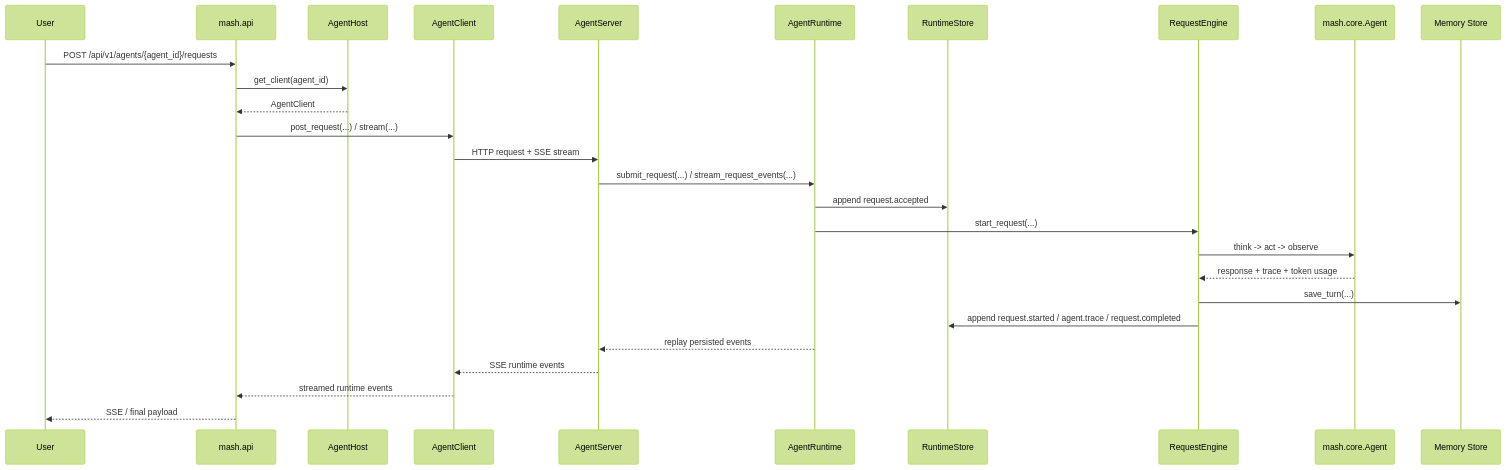
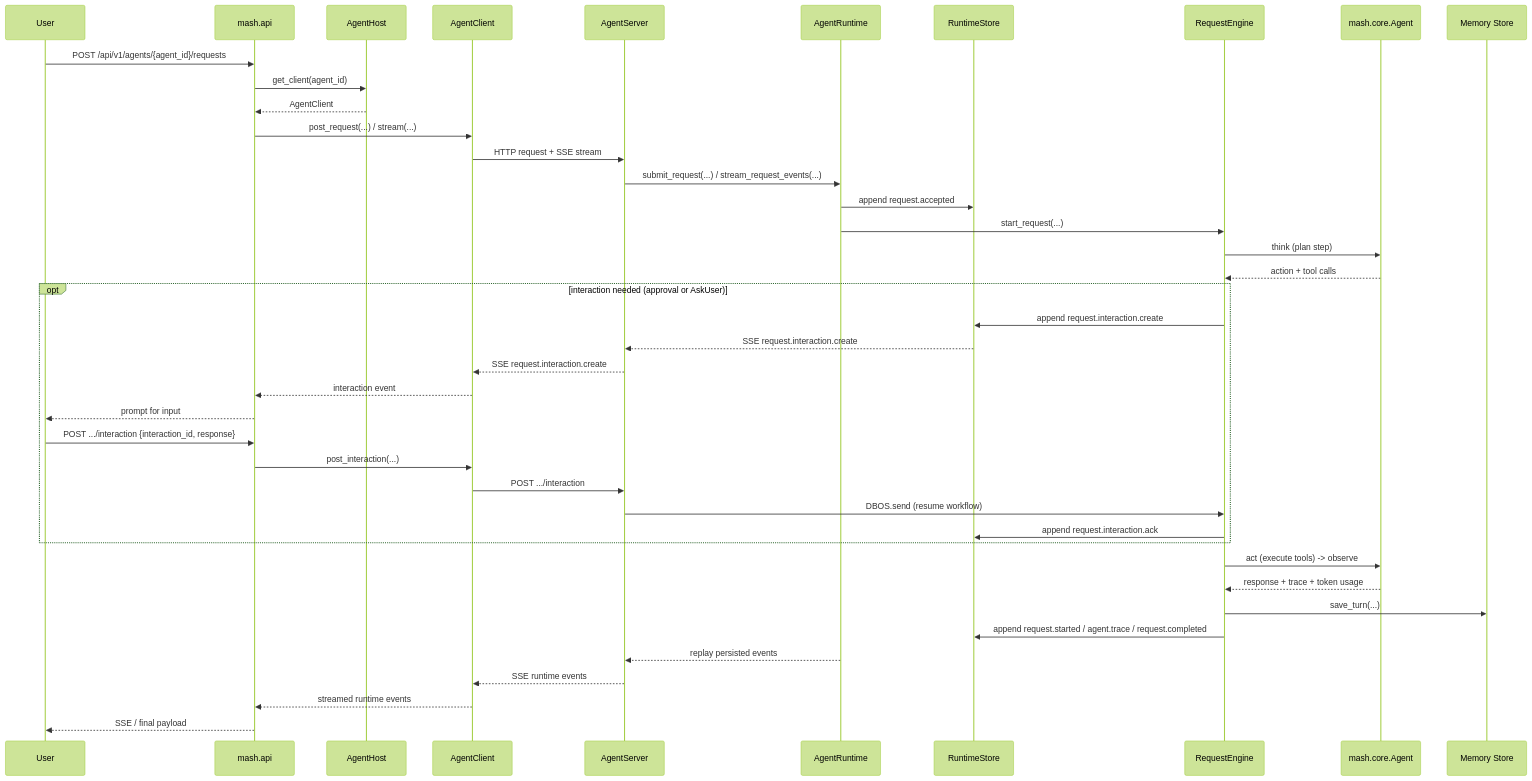
One commit to imsid/mashpy changed the diagram in README.md. Above: the diagram before and after it, drawn with Mermaid (forest theme). The commit also changed 28 other files, not shown here.

````diff
--- a/README.md
+++ b/README.md
@@ -27,30 +27,46 @@
 ```mermaid
 sequenceDiagram
     participant User
     participant API as mash.api
     participant Host as AgentHost
     participant Client as AgentClient
     participant Server as AgentServer
     participant Runtime as AgentRuntime
     participant Events as RuntimeStore
     participant Engine as RequestEngine
     participant Agent as mash.core.Agent
     participant Memory as Memory Store
 
     User->>API: POST /api/v1/agents/{agent_id}/requests
     API->>Host: get_client(agent_id)
     Host-->>API: AgentClient
     API->>Client: post_request(...) / stream(...)
     Client->>Server: HTTP request + SSE stream
     Server->>Runtime: submit_request(...) / stream_request_events(...)
     Runtime->>Events: append request.accepted
     Runtime->>Engine: start_request(...)
-    Engine->>Agent: think -> act -> observe
+    Engine->>Agent: think (plan step)
+    Agent-->>Engine: action + tool calls
+
+    opt interaction needed (approval or AskUser)
+        Engine->>Events: append request.interaction.create
+        Events-->>Server: SSE request.interaction.create
+        Server-->>Client: SSE request.interaction.create
+        Client-->>API: interaction event
+        API-->>User: prompt for input
+        User->>API: POST .../interaction {interaction_id, response}
+        API->>Client: post_interaction(...)
+        Client->>Server: POST .../interaction
+        Server->>Engine: DBOS.send (resume workflow)
+        Engine->>Events: append request.interaction.ack
+    end
+
+    Engine->>Agent: act (execute tools) -> observe
     Agent-->>Engine: response + trace + token usage
     Engine->>Memory: save_turn(...)
     Engine->>Events: append request.started / agent.trace / request.completed
     Runtime-->>Server: replay persisted events
     Server-->>Client: SSE runtime events
     Client-->>API: streamed runtime events
     API-->>User: SSE / final payload
 ```
````
